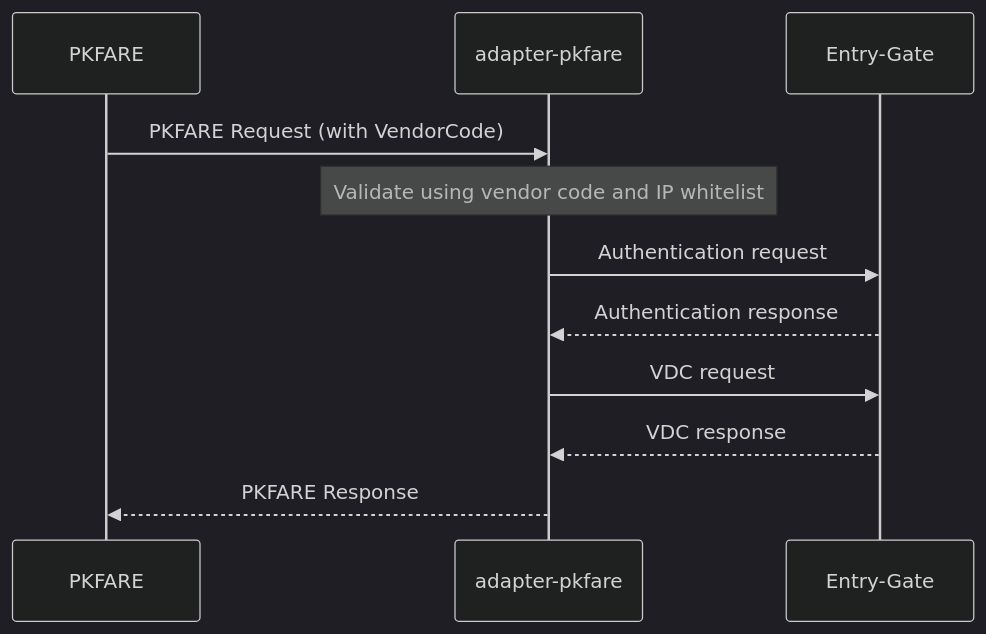
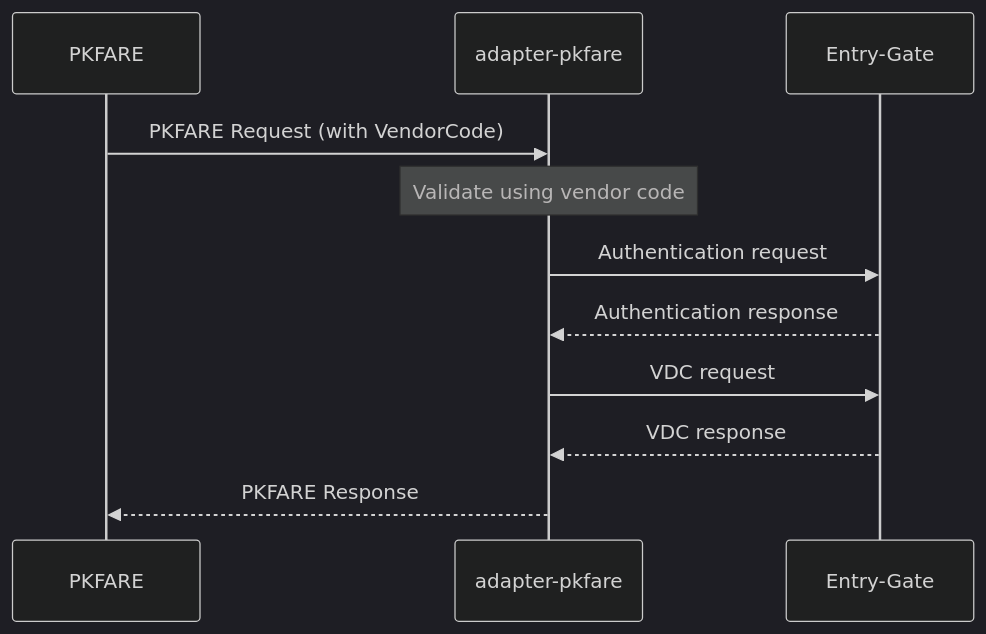
Before and after one commit to shhyaaamv/adapter-pkfare: the diagram in .ai/project_description.md, drawn with Mermaid (dark theme). The commit also changed other lines of this file and 31 other files, not shown here.

````diff
--- a/.ai/project_description.md
+++ b/.ai/project_description.md
@@ -13,17 +13,17 @@
 ```mermaid
         sequenceDiagram
               participant PK as PKFARE
               participant C as adapter-pkfare
               participant EG as Entry-Gate
 
               PK->>C: PKFARE Request (with VendorCode)
-              Note over C: Validate using vendor code and IP whitelist
+              Note over C: Validate using vendor code
 
               C->>EG: Authentication request
               EG-->>C: Authentication response
 
               C->>EG: VDC request
               EG-->>C: VDC response
 
               C-->>PK: PKFARE Response
 ```
````
